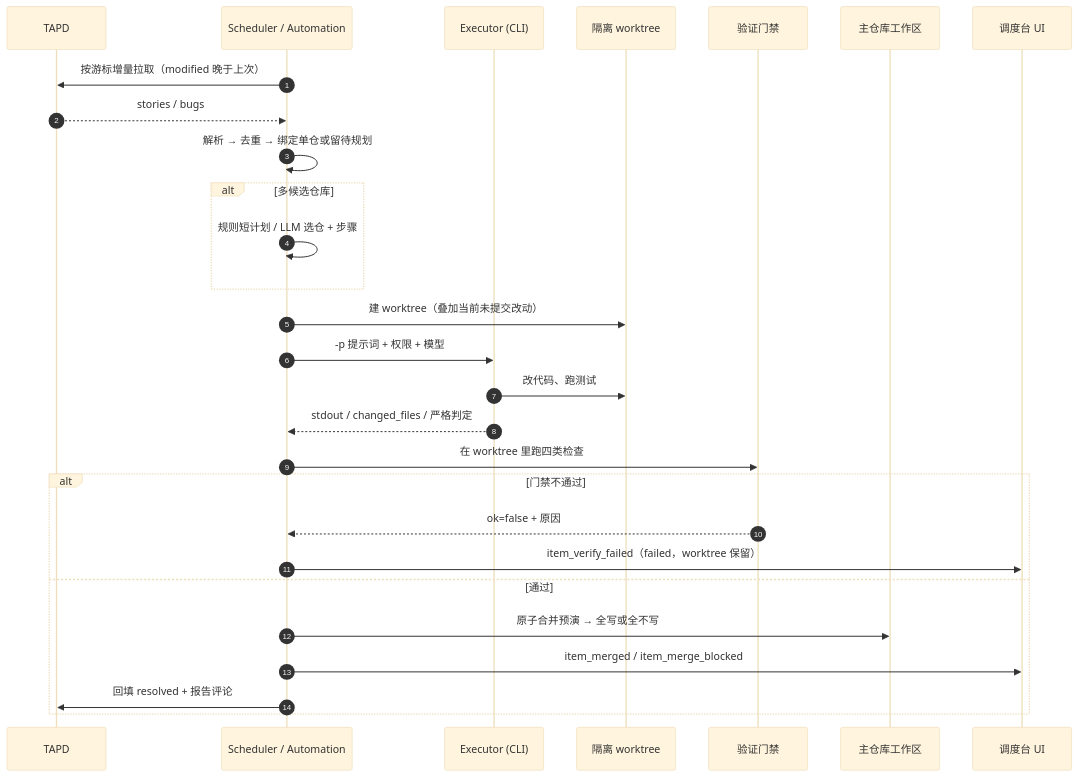
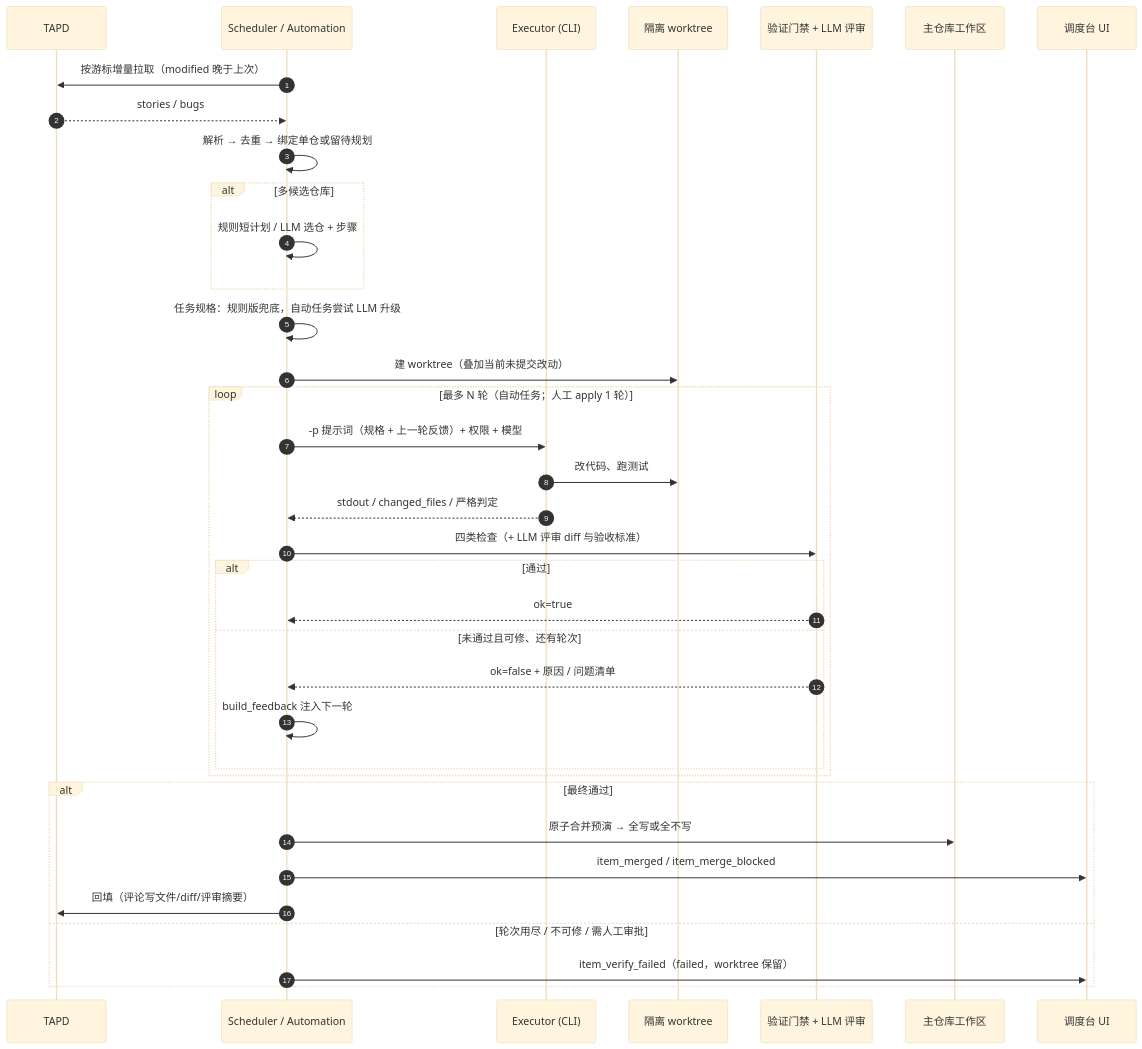
The third of 3 diagrams in docs/task-lifecycle.md (cheerly-plan/CheerlyTaskAgent), drawn with Mermaid (base theme) before and after one commit. The commit also changed other lines of this file and 16 other files, not shown here.

````diff
--- a/docs/task-lifecycle.md
+++ b/docs/task-lifecycle.md
@@ -409,31 +465,39 @@
 ```mermaid
 sequenceDiagram
     autonumber
     participant T as TAPD
     participant S as Scheduler / Automation
     participant E as Executor (CLI)
     participant W as 隔离 worktree
-    participant G as 验证门禁
+    participant G as 验证门禁 + LLM 评审
     participant R as 主仓库工作区
     participant U as 调度台 UI
 
     S->>T: 按游标增量拉取（modified 晚于上次）
     T-->>S: stories / bugs
     S->>S: 解析 → 去重 → 绑定单仓或留待规划
     alt 多候选仓库
         S->>S: 规则短计划 / LLM 选仓 + 步骤
     end
+    S->>S: 任务规格：规则版兜底，自动任务尝试 LLM 升级
     S->>W: 建 worktree（叠加当前未提交改动）
-    S->>E: -p 提示词 + 权限 + 模型
-    E->>W: 改代码、跑测试
-    E-->>S: stdout / changed_files / 严格判定
-    S->>G: 在 worktree 里跑四类检查
-    alt 门禁不通过
-        G-->>S: ok=false + 原因
-        S->>U: item_verify_failed（failed，worktree 保留）
-    else 通过
+    loop 最多 N 轮（自动任务；人工 apply 1 轮）
+        S->>E: -p 提示词（规格 + 上一轮反馈）+ 权限 + 模型
+        E->>W: 改代码、跑测试
+        E-->>S: stdout / changed_files / 严格判定
+        S->>G: 四类检查（+ LLM 评审 diff 与验收标准）
+        alt 通过
+            G-->>S: ok=true
+        else 未通过且可修、还有轮次
+            G-->>S: ok=false + 原因 / 问题清单
+            S->>S: build_feedback 注入下一轮
+        end
+    end
+    alt 最终通过
         S->>R: 原子合并预演 → 全写或全不写
         S->>U: item_merged / item_merge_blocked
-        S->>T: 回填 resolved + 报告评论
+        S->>T: 回填（评论写文件/diff/评审摘要）
+    else 轮次用尽 / 不可修 / 需人工审批
+        S->>U: item_verify_failed（failed，worktree 保留）
     end
 ```
````
